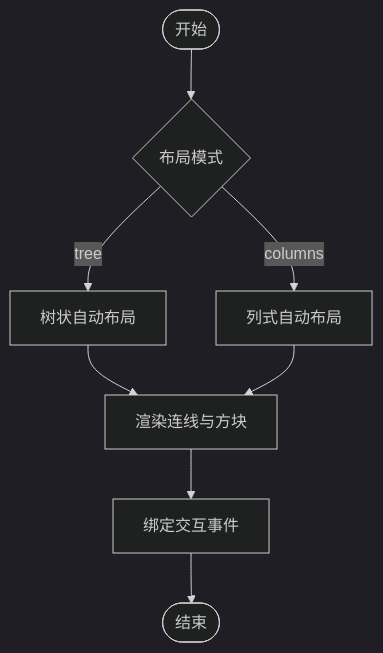
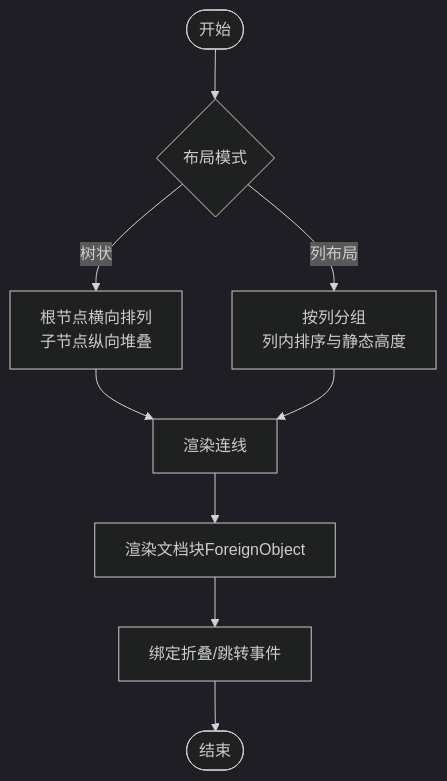
Before and after one commit to 2025ppo/aqw: the fourth of 8 diagrams in .qoder/repowiki/zh/content/UI组件系统/画布系统.md, drawn with Mermaid (dark theme). The commit also changed other lines of this file and 224 other files, not shown here.

````diff
--- a/.qoder/repowiki/zh/content/UI组件系统/画布系统.md
+++ b/.qoder/repowiki/zh/content/UI组件系统/画布系统.md
@@ -179,10 +216,11 @@
 ```mermaid
 flowchart TD
-S(["开始"]) --> Mode{"布局模式"}
-Mode --> |tree| AutoTree["树状自动布局"]
-Mode --> |columns| AutoCols["列式自动布局"]
-AutoTree --> Render["渲染连线与方块"]
-AutoCols --> Render
-Render --> Interact["绑定交互事件"]
-Interact --> E(["结束"])
+Start(["开始"]) --> Mode{"布局模式"}
+Mode --> |树状| LayoutTree["根节点横向排列<br/>子节点纵向堆叠"]
+Mode --> |列布局| LayoutCols["按列分组<br/>列内排序与静态高度"]
+LayoutTree --> RenderEdges["渲染连线"]
+LayoutCols --> RenderEdges
+RenderEdges --> RenderBlocks["渲染文档块ForeignObject"]
+RenderBlocks --> BindActions["绑定折叠/跳转事件"]
+BindActions --> End(["结束"])
 ```
````
